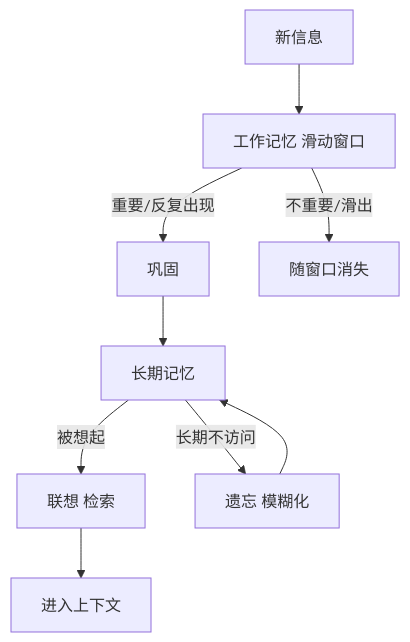
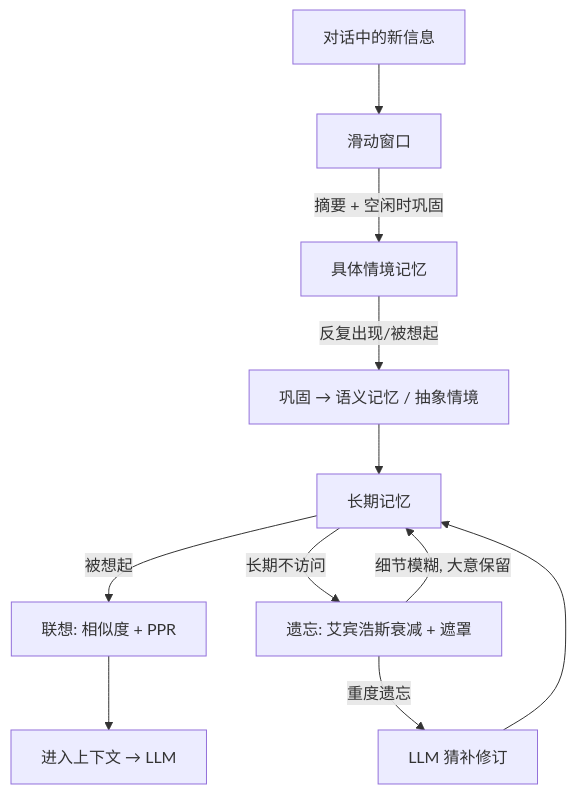
One commit to dynamder/Soulmem changed the diagram in book/src/concepts/memory-lifecycle.md. Above: the diagram before and after it, drawn with Mermaid. The commit also changed other lines of this file and 7 other files, not shown here.

````diff
--- a/book/src/concepts/memory-lifecycle.md
+++ b/book/src/concepts/memory-lifecycle.md
@@ -53,11 +72,13 @@
 ```mermaid
 graph TB
-    A[新信息] --> B[工作记忆 滑动窗口]
-    B -->|重要/反复出现| C[巩固]
-    C --> D[长期记忆]
-    B -->|不重要/滑出| E[随窗口消失]
-    D -->|被想起| F[联想 检索]
-    F --> G[进入上下文]
-    D -->|长期不访问| H[遗忘 模糊化]
-    H --> D
+    A[对话中的新信息] --> B[滑动窗口]
+    B -->|摘要 + 空闲时巩固| C[具体情境记忆]
+    C -->|反复出现/被想起| D[巩固 → 语义记忆 / 抽象情境]
+    D --> L[长期记忆]
+    L -->|被想起| E[联想: 相似度 + PPR]
+    E --> F[进入上下文 → LLM]
+    L -->|长期不访问| G[遗忘: 艾宾浩斯衰减 + 遮罩]
+    G -->|细节模糊, 大意保留| L
+    G -->|重度遗忘| H[LLM 猜补修订]
+    H --> L
 ```
````
